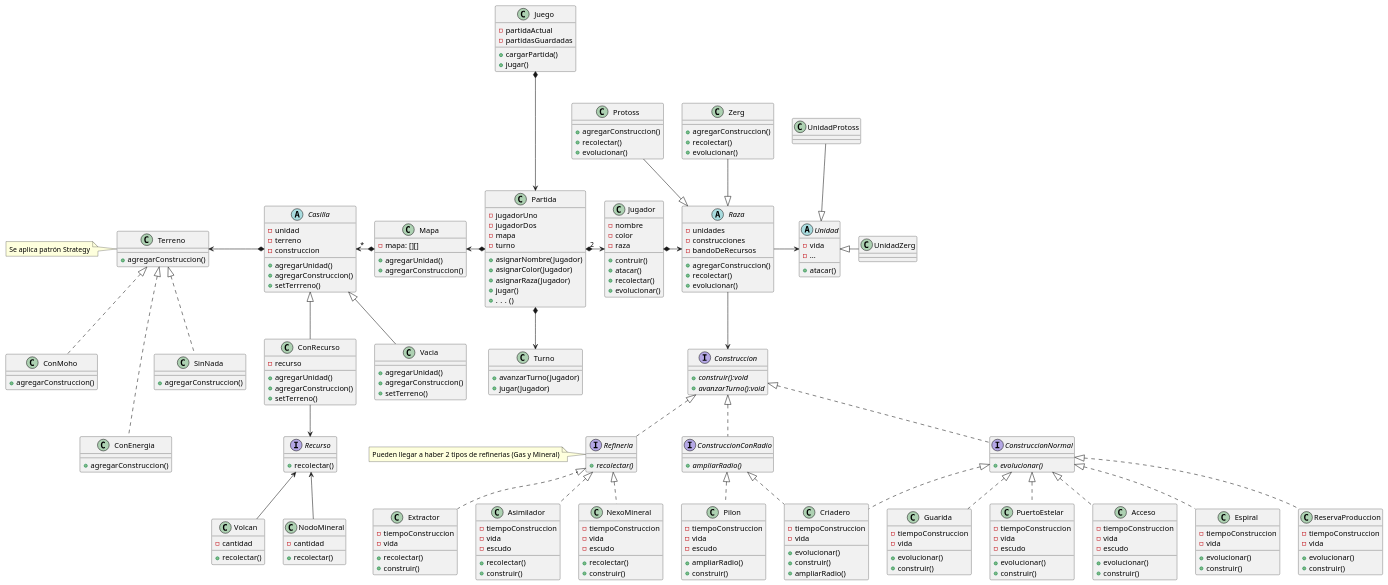
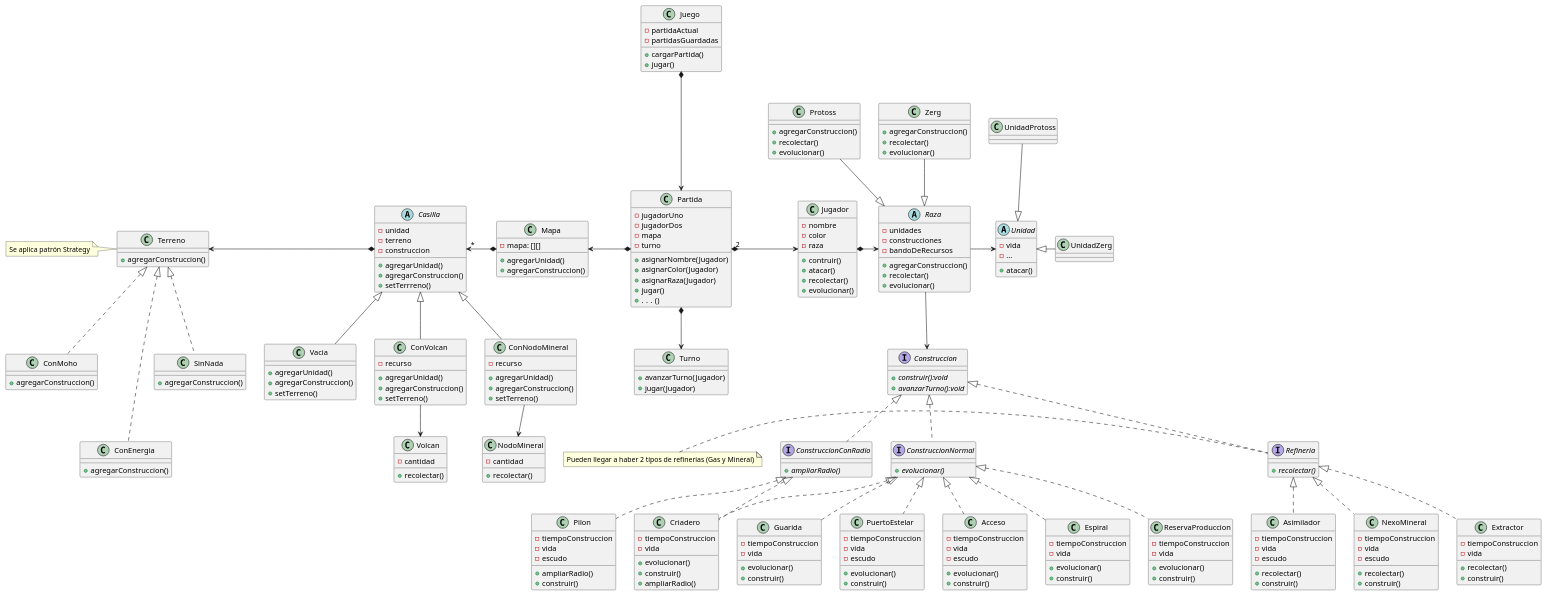
Before and after one commit to GiaWong/Algo3_TP2_2C2022: the diagram in diagrams/classes/ModeloGeneralVersion02.puml, drawn with PlantUML.

Commit message:
Modificacion UML ConRecurso ahora es ConVolcan, ConNodoMineral, Vacia

```diff
--- a/diagrams/classes/ModeloGeneralVersion02.puml
+++ b/diagrams/classes/ModeloGeneralVersion02.puml
@@ -192,7 +192,15 @@
     + setTerreno()
 }
 
-class ConRecurso {
+class ConVolcan {
+    - recurso
+
+    + agregarUnidad()
+    + agregarConstruccion()
+    + setTerreno()
+}
+
+class ConNodoMineral {
     - recurso
 
     + agregarUnidad()
@@ -217,10 +225,6 @@
 
 class SinNada {
     + agregarConstruccion()
-}
-
-interface Recurso {
-    + recolectar()
 }
 
 class Volcan {
@@ -282,15 +286,15 @@
 Casilla "*" <-* Mapa
 Terreno <-* Casilla
 Casilla <|-- Vacia
-Casilla <|-- ConRecurso
+Casilla <|-- ConVolcan
+Casilla <|-- ConNodoMineral
 Terreno <|.. ConMoho
 Terreno <|... ConEnergia
 Terreno <|.. SinNada
 
 
-ConRecurso --> Recurso
-Recurso <-- Volcan
-Recurso <-- NodoMineral
+ConVolcan --> Volcan
+ConNodoMineral --> NodoMineral
 
 
 
```
